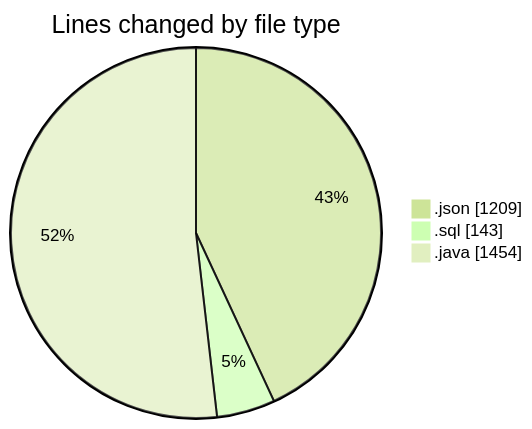
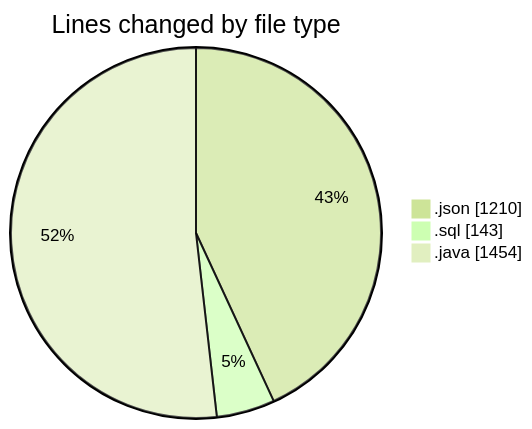
Before and after one commit to ricardozamudiocil/code-tracking: the first of 2 diagrams in 2026-06-16/cilapp/README.md, drawn with Mermaid (forest theme). The commit also changed other lines of this file and 1 other file, not shown here.

````diff
--- a/2026-06-16/cilapp/README.md
+++ b/2026-06-16/cilapp/README.md
@@ -25,7 +25,7 @@
 ```mermaid
 pie showData
 title Lines changed by file type
-".json" : 1209
+".json" : 1210
 ".sql" : 143
 ".java" : 1454
 ```
````
